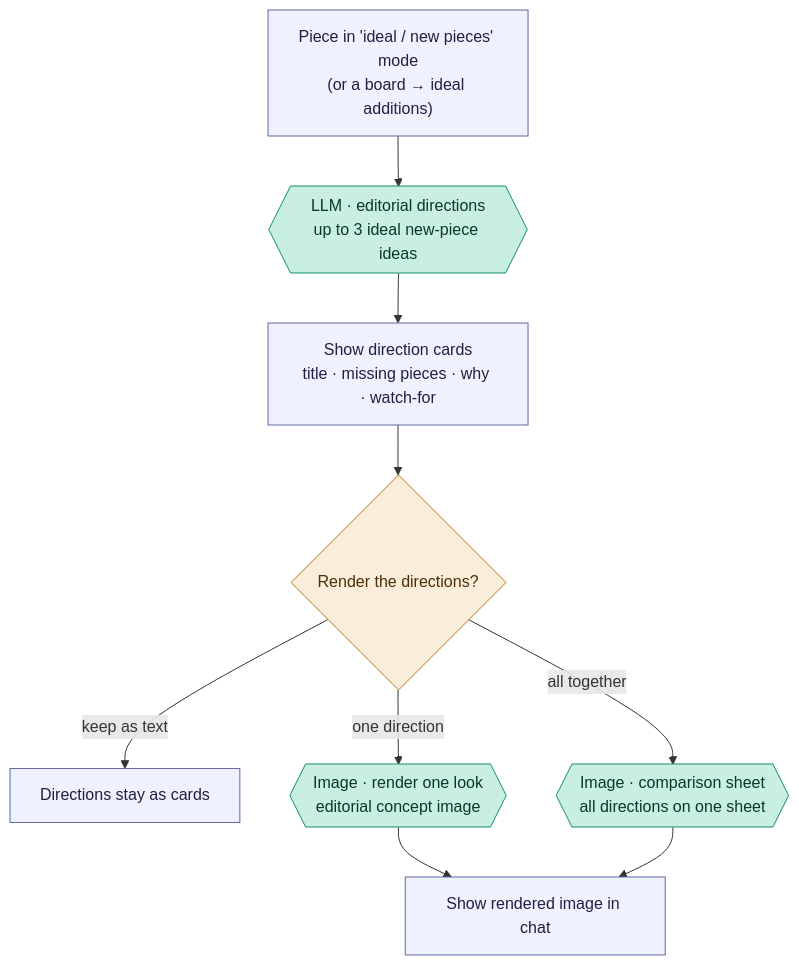
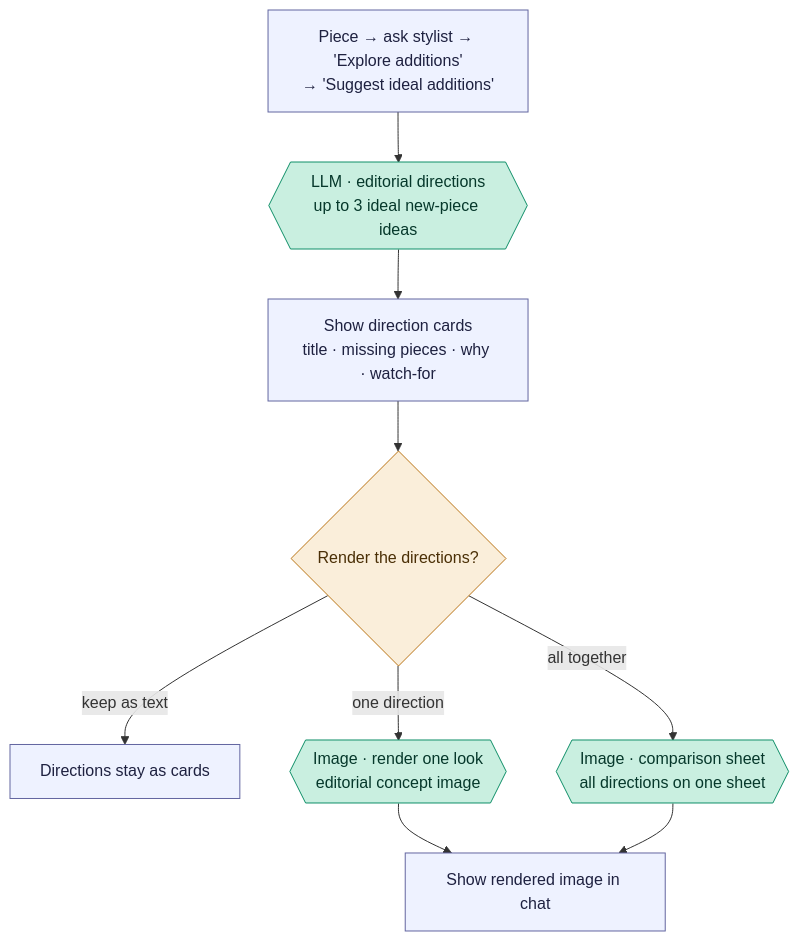
The diagram in docs/flows/editorial-ideal-additions.md (yunap/closet), drawn with Mermaid before and after one commit. The commit also changed other lines of this file and 2 other files, not shown here.

First line of the commit message:
docs: correct ideal-routing labels in selected-piece + editorial flows

````diff
--- a/docs/flows/editorial-ideal-additions.md
+++ b/docs/flows/editorial-ideal-additions.md
@@ -16,18 +21,18 @@
 ```mermaid
 flowchart TD
-    A["Piece in 'ideal / new pieces' mode<br/>(or a board → ideal additions)"] --> P{{"LLM · editorial directions<br/>up to 3 ideal new-piece ideas"}}
+    A["Piece → ask stylist → 'Explore additions'<br/>→ 'Suggest ideal additions'"] --> P{{"LLM · editorial directions<br/>up to 3 ideal new-piece ideas"}}
     P --> D["Show direction cards<br/>title · missing pieces · why · watch-for"]
     D --> R{"Render the directions?"}
     R -->|"keep as text"| T["Directions stay as cards"]
     R -->|"one direction"| E{{"Image · render one look<br/>editorial concept image"}}
     R -->|"all together"| S{{"Image · comparison sheet<br/>all directions on one sheet"}}
     E --> OUT["Show rendered image in chat"]
     S --> OUT
 
     classDef app fill:#eef2ff,stroke:#6366a0,color:#1e2140;
     classDef model fill:#c9efe0,stroke:#0f8f68,color:#06382b;
     classDef check fill:#faeeda,stroke:#ba7517,color:#4a2f06;
     class A,D,T,OUT app;
     class P,E,S model;
     class R check;
 ```
````
